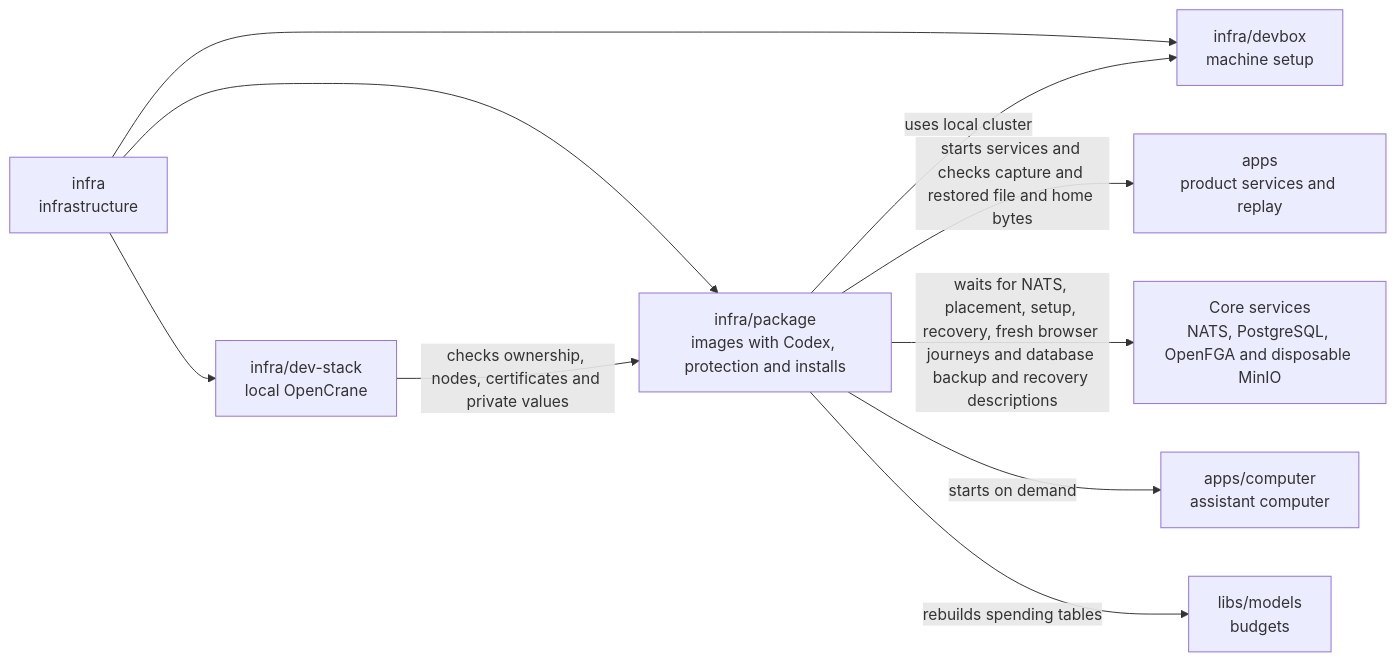
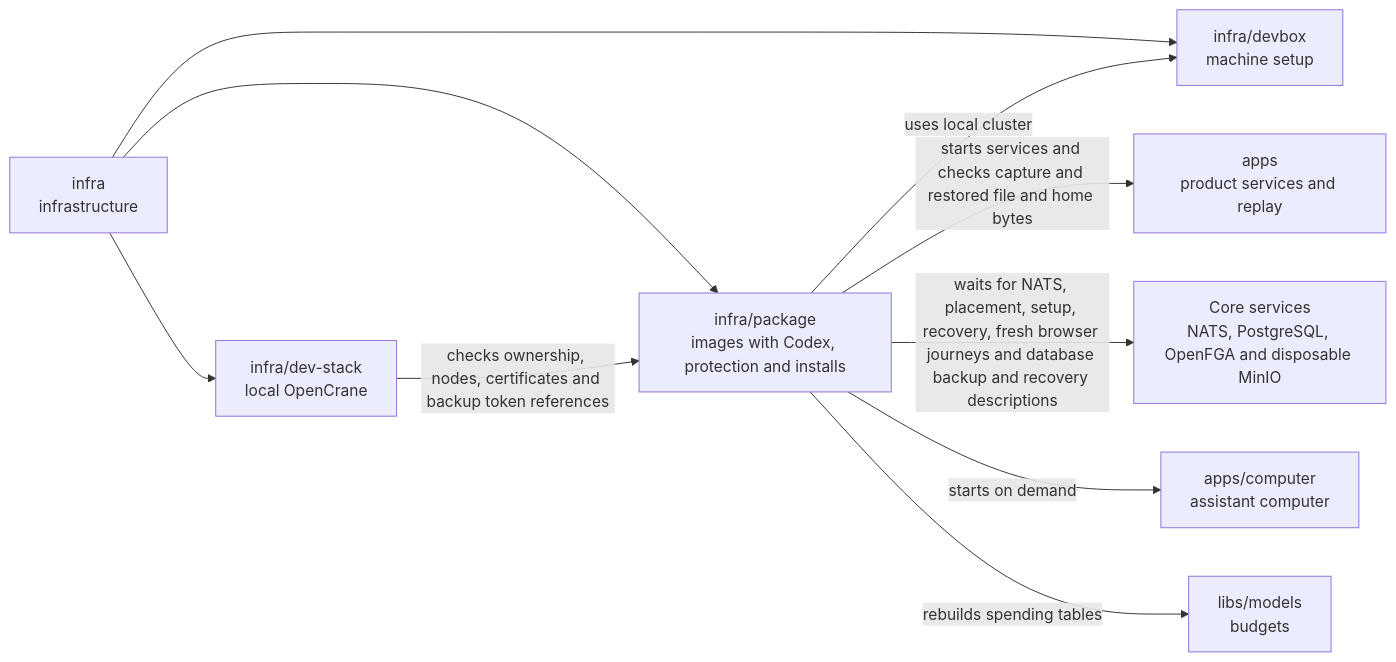
The diagram in infra/package/README.md (elewa-git/opencrane-new), drawn with Mermaid before and after one commit. The commit also changed other lines of this file and 13 other files, not shown here.

Commit message:
🗄️ Backup and recovery previews carry the short-lived backup session token by reference; the install gate stays closed (#923)

````diff
--- a/infra/package/README.md
+++ b/infra/package/README.md
@@ -19,12 +19,12 @@
 ```mermaid
 flowchart LR
   infra["infra<br/>infrastructure"] --> package["infra/package<br/>images with Codex, protection and installs"]
   infra --> stack["infra/dev-stack<br/>local OpenCrane"]
   infra --> devbox["infra/devbox<br/>machine setup"]
-  stack -->|checks ownership, nodes, certificates and private values| package
+  stack -->|checks ownership, nodes, certificates and backup token references| package
   package -->|uses local cluster| devbox
   package -->|starts services and checks capture and restored file and home bytes| apps["apps<br/>product services and replay"]
   package -->|waits for NATS, placement, setup, recovery, fresh browser journeys and database backup and recovery descriptions| services["Core services<br/>NATS, PostgreSQL, OpenFGA and disposable MinIO"]
   package -->|starts on demand| computer["apps/computer<br/>assistant computer"]
   package -->|rebuilds spending tables| models["libs/models<br/>budgets"]
 ```
````
